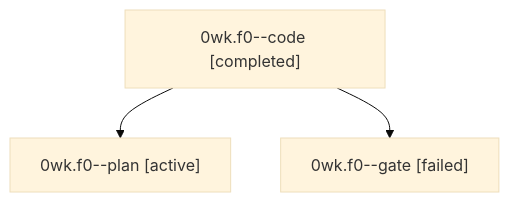
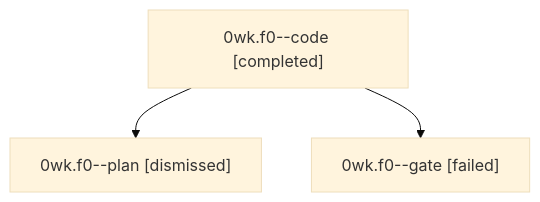
One commit to bobs-org/bob-cli--agents changed the diagram in sessions/bbugyi200.athena.0wk.f0.md. Above: the diagram before and after it, drawn with Mermaid (base theme). The commit also changed other lines of this file and 25 other files, not shown here.

````diff
--- a/sessions/bbugyi200.athena.0wk.f0.md
+++ b/sessions/bbugyi200.athena.0wk.f0.md
@@ -9,8 +9,8 @@
 ```mermaid
 flowchart TD
   n0["0wk.f0--code [completed]"]
-  n1["0wk.f0--plan [active]"]
+  n1["0wk.f0--plan [dismissed]"]
   n0 --> n1
   n2["0wk.f0--gate [failed]"]
   n0 --> n2
 ```
````
